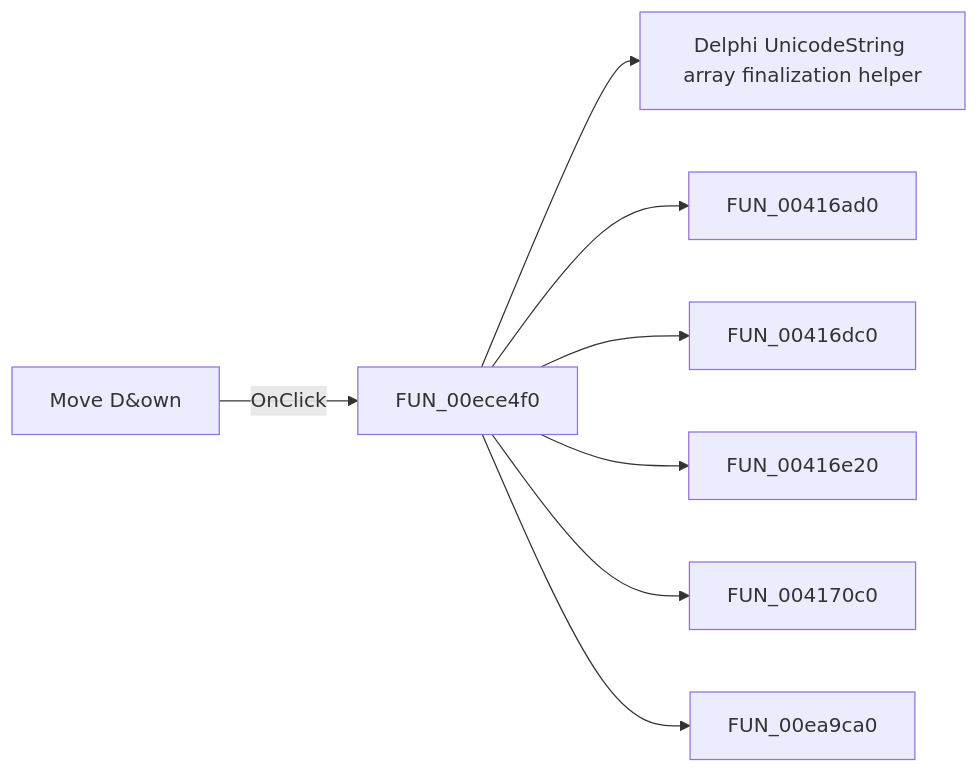
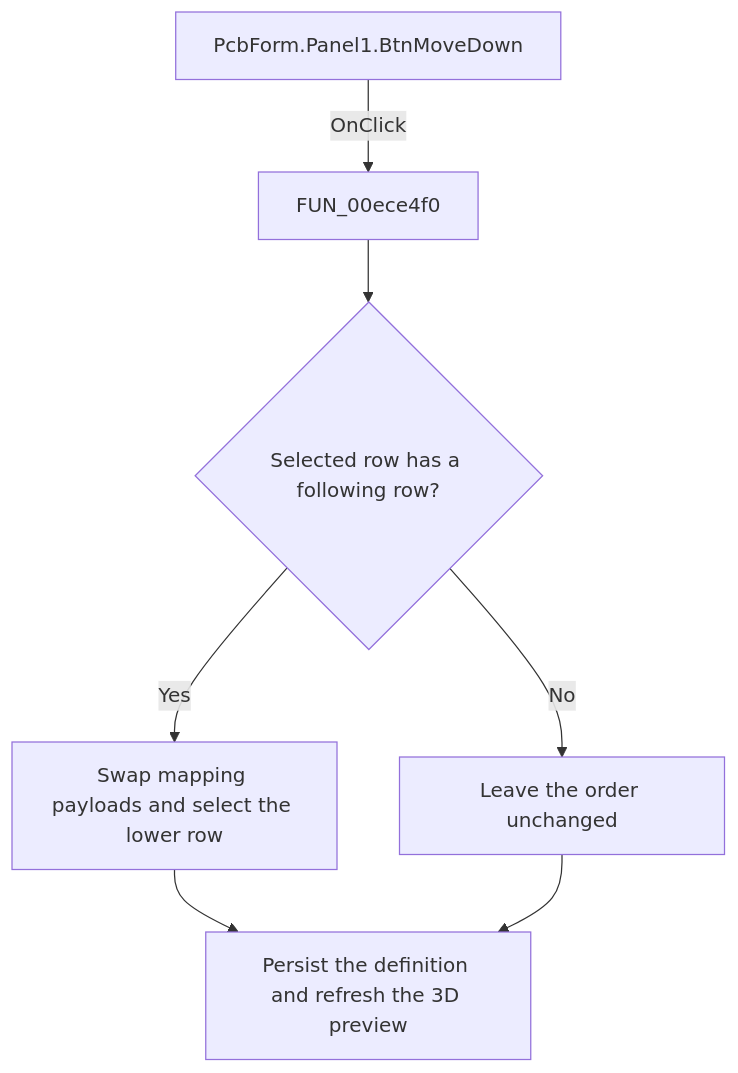
The diagram in docs/ui-controls/pcbform/btnmovedown-f131562803.md (MovGP0/TIARA), drawn with Mermaid before and after one commit. The commit also changed other lines of this file and 1062 other files, not shown here.

````diff
--- a/docs/ui-controls/pcbform/btnmovedown-f131562803.md
+++ b/docs/ui-controls/pcbform/btnmovedown-f131562803.md
@@ -27,10 +28,9 @@
 ```mermaid
-flowchart LR
-    control["Move D&own"] -->|OnClick| handler["FUN_00ece4f0"]
-    handler --> call1["Delphi UnicodeString array finalization helper"]
-    handler --> call2["FUN_00416ad0"]
-    handler --> call3["FUN_00416dc0"]
-    handler --> call4["FUN_00416e20"]
-    handler --> call5["FUN_004170c0"]
-    handler --> call6["FUN_00ea9ca0"]
+flowchart TD
+    control["PcbForm.Panel1.BtnMoveDown"] -->|OnClick| handler["FUN_00ece4f0"]
+    handler --> decision{"Selected row has a following row?"}
+    decision -->|Yes| action["Swap mapping payloads and select the lower row"]
+    decision -->|No| noop["Leave the order unchanged"]
+    action --> outcome["Persist the definition and refresh the 3D preview"]
+    noop --> outcome
 ```
````
